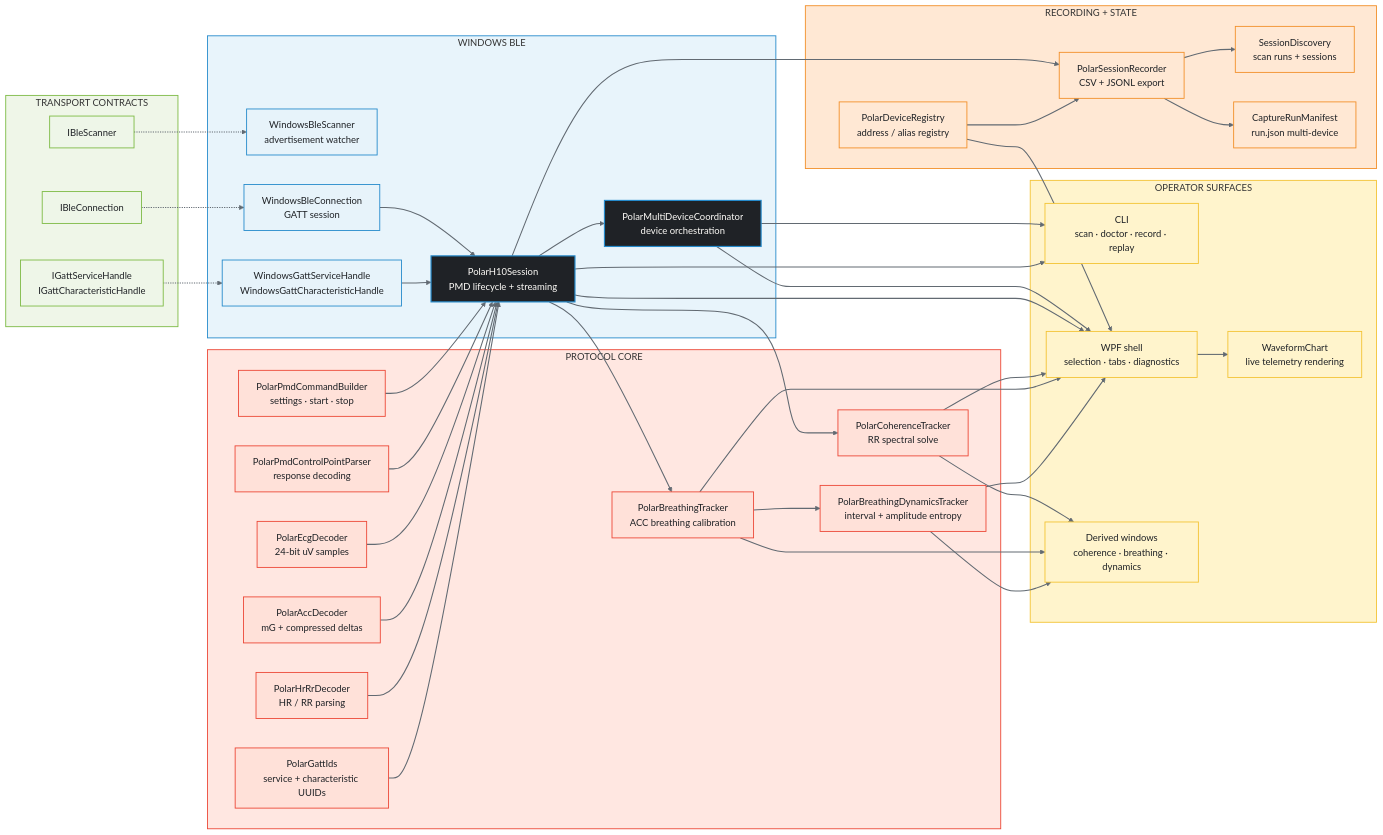
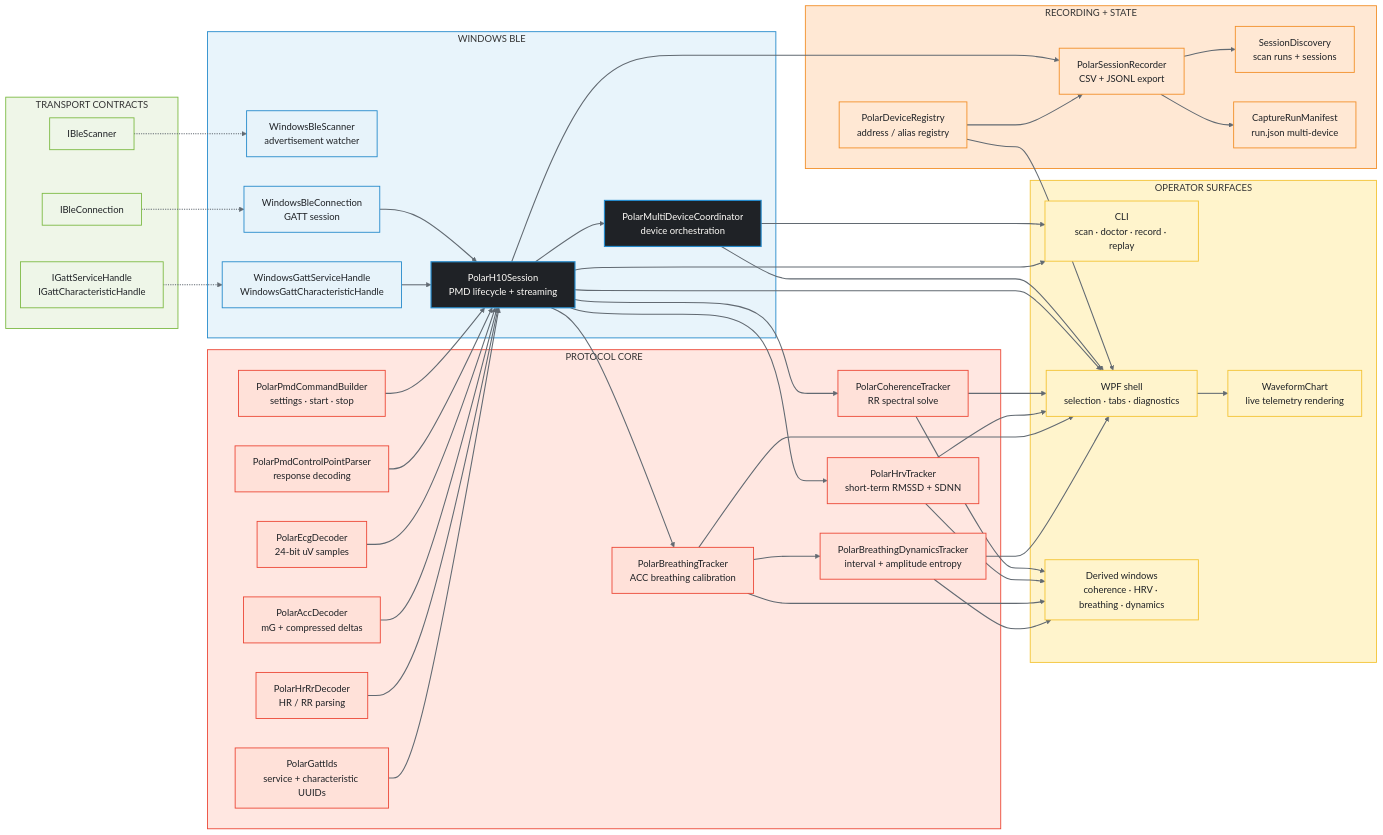
One commit to MesmerPrism/PolarH10 changed the second of 3 diagrams in README.md. Above: the diagram before and after it, drawn with Mermaid. The commit also changed other lines of this file and 29 other files, not shown here.

Commit message:
Add short-term HRV telemetry tab and docs

```diff
--- a/README.md
+++ b/README.md
@@ -260,6 +266,7 @@
         AC["PolarAccDecoder<br/>mG + compressed deltas"]
         HR["PolarHrRrDecoder<br/>HR / RR parsing"]
         CH["PolarCoherenceTracker<br/>RR spectral solve"]
+        HV["PolarHrvTracker<br/>short-term RMSSD + SDNN"]
         BR["PolarBreathingTracker<br/>ACC breathing calibration"]
         BD["PolarBreathingDynamicsTracker<br/>interval + amplitude entropy"]
         PMD["PolarPmdCommandBuilder<br/>settings · start · stop"]
@@ -291,7 +298,7 @@
     subgraph Surfaces["OPERATOR SURFACES"]
         C1["CLI<br/>scan · doctor · record · replay"]
         G1["WPF shell<br/>selection · tabs · diagnostics"]
-        G2["Derived windows<br/>coherence · breathing · dynamics"]
+        G2["Derived windows<br/>coherence · HRV · breathing · dynamics"]
         G3["WaveformChart<br/>live telemetry rendering"]
     end
 
@@ -308,6 +315,7 @@
     WG --> SE
     SE --> MD
     SE --> CH
+    SE --> HV
     SE --> BR
     BR --> BD
     SE --> RE
@@ -321,6 +329,8 @@
     SE --> G1
     CH --> G1
     CH --> G2
+    HV --> G1
+    HV --> G2
     BR --> G1
     BR --> G2
     BD --> G1
@@ -339,7 +349,7 @@
     classDef active fill:#1F2226,stroke:#258ACB,color:#FFFDF9,stroke-width:2px;
     classDef record fill:#FFE8D4,stroke:#F28F28,color:#1F2226,stroke-width:1.5px;
     classDef surface fill:#FFF4CC,stroke:#F3C333,color:#1F2226,stroke-width:1.5px;
-    class EC,AC,HR,CH,BR,BD,PMD,CP,GID core;
+    class EC,AC,HR,CH,HV,BR,BD,PMD,CP,GID core;
     class IS,IC,IG contracts;
     class WS,WC,WG windows;
     class SE,MD active;
```
